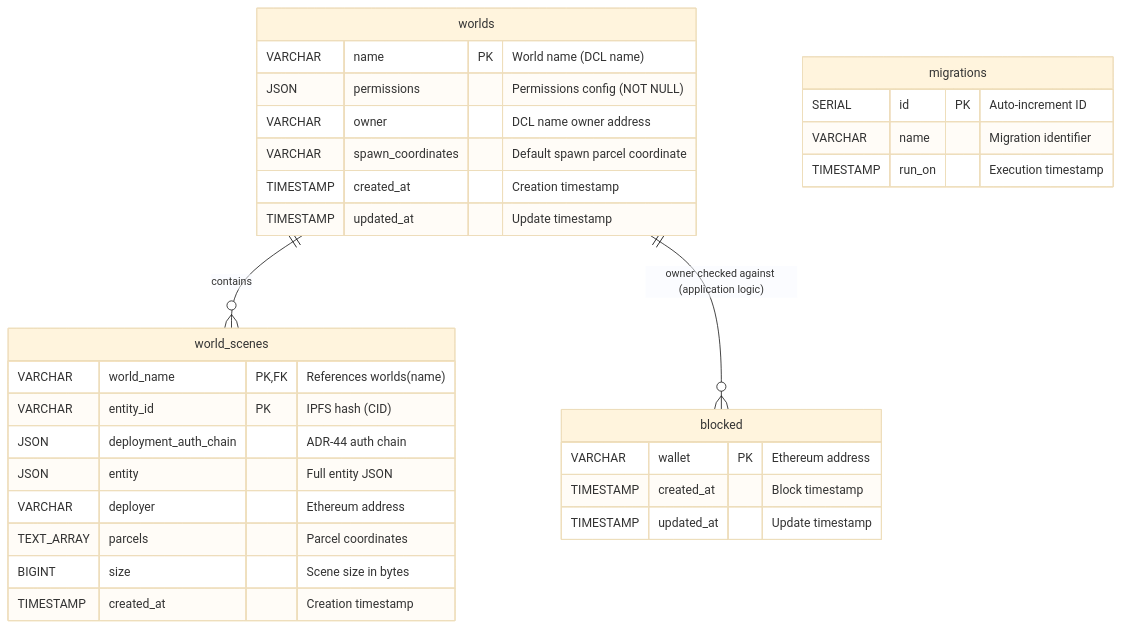
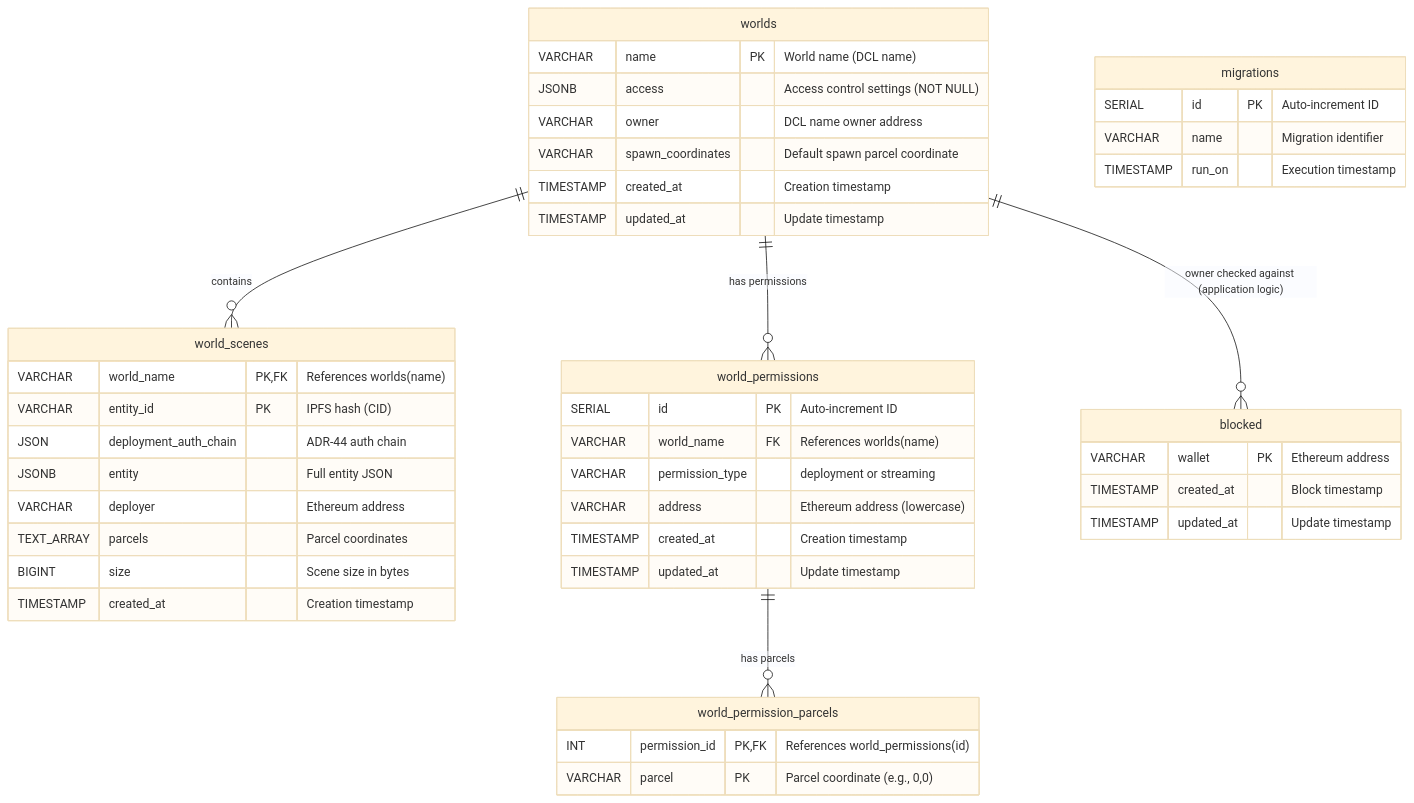
One commit to decentraland/worlds-content-server changed the diagram in docs/database-schema.md. Above: the diagram before and after it, drawn with Mermaid (base theme). The commit also changed other lines of this file and 76 other files, not shown here.

Commit message:
feat: Add new parcel permissions (#417)

````diff
--- a/docs/database-schema.md
+++ b/docs/database-schema.md
@@ -18,37 +20,53 @@
 ```mermaid
 erDiagram
     worlds {
         VARCHAR name PK "World name (DCL name)"
-        JSON permissions "Permissions config (NOT NULL)"
+        JSONB access "Access control settings (NOT NULL)"
         VARCHAR owner "DCL name owner address"
         VARCHAR spawn_coordinates "Default spawn parcel coordinate"
         TIMESTAMP created_at "Creation timestamp"
         TIMESTAMP updated_at "Update timestamp"
     }
 
     world_scenes {
         VARCHAR world_name PK,FK "References worlds(name)"
         VARCHAR entity_id PK "IPFS hash (CID)"
         JSON deployment_auth_chain "ADR-44 auth chain"
-        JSON entity "Full entity JSON"
+        JSONB entity "Full entity JSON"
         VARCHAR deployer "Ethereum address"
         TEXT_ARRAY parcels "Parcel coordinates"
         BIGINT size "Scene size in bytes"
         TIMESTAMP created_at "Creation timestamp"
+    }
+
+    world_permissions {
+        SERIAL id PK "Auto-increment ID"
+        VARCHAR world_name FK "References worlds(name)"
+        VARCHAR permission_type "deployment or streaming"
+        VARCHAR address "Ethereum address (lowercase)"
+        TIMESTAMP created_at "Creation timestamp"
+        TIMESTAMP updated_at "Update timestamp"
+    }
+
+    world_permission_parcels {
+        INT permission_id PK,FK "References world_permissions(id)"
+        VARCHAR parcel PK "Parcel coordinate (e.g., 0,0)"
     }
 
     blocked {
         VARCHAR wallet PK "Ethereum address"
         TIMESTAMP created_at "Block timestamp"
         TIMESTAMP updated_at "Update timestamp"
     }
 
     migrations {
         SERIAL id PK "Auto-increment ID"
         VARCHAR name "Migration identifier"
         TIMESTAMP run_on "Execution timestamp"
     }
 
     worlds ||--o{ world_scenes : "contains"
+    worlds ||--o{ world_permissions : "has permissions"
+    world_permissions ||--o{ world_permission_parcels : "has parcels"
     worlds ||--o{ blocked : "owner checked against (application logic)"
 ```
````
